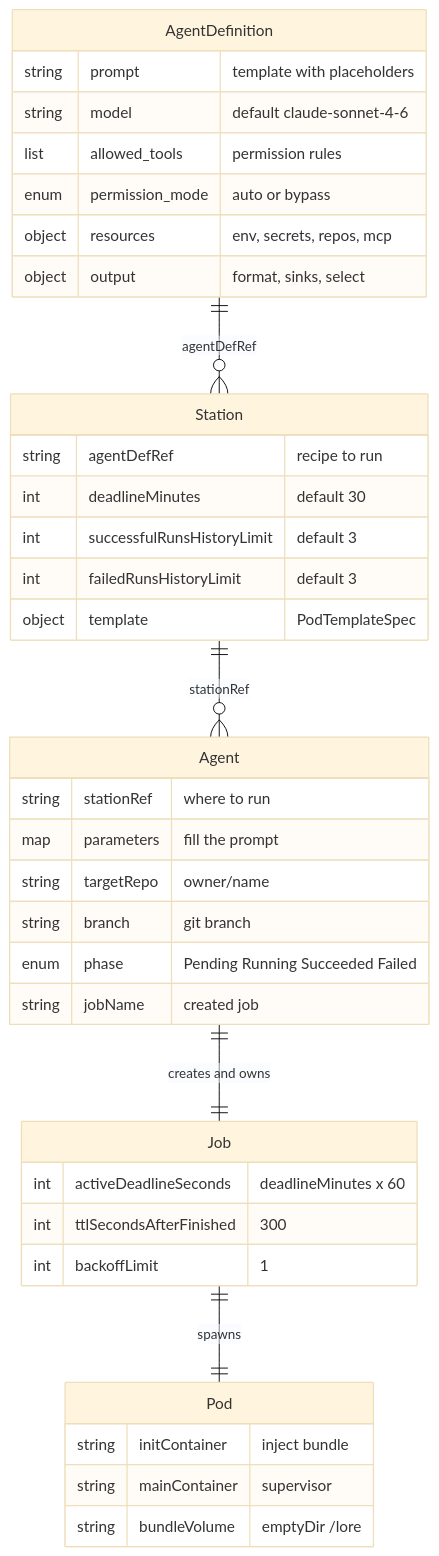
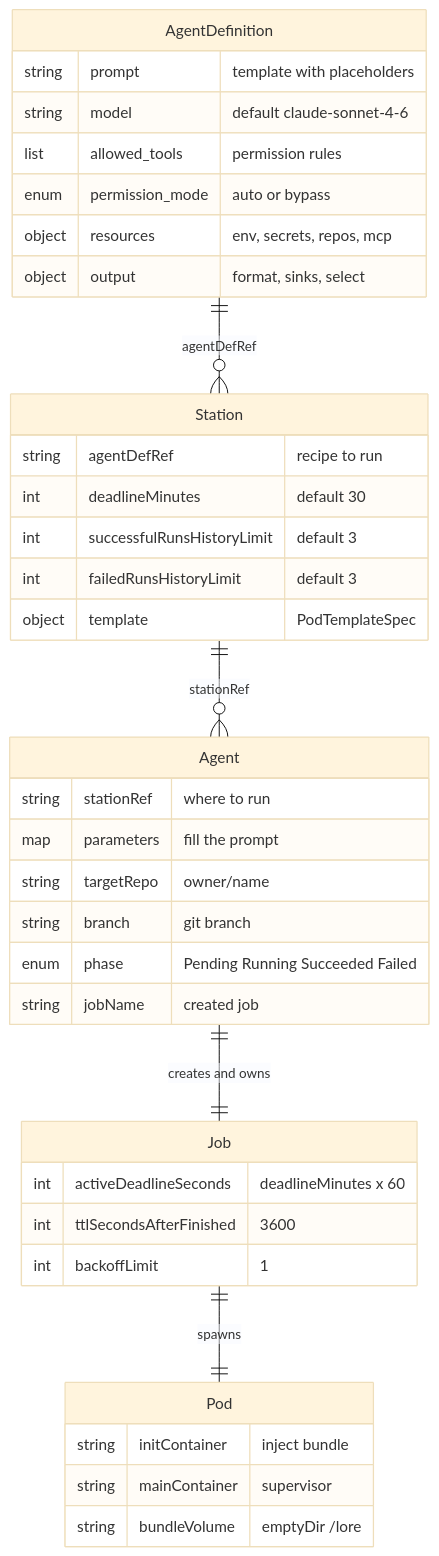
Before and after one commit to re-cinq/ai-agent-subsystem: the first of 2 diagrams in website/src/content/docs/concepts/relationships.md, drawn with Mermaid (base theme). The commit also changed other lines of this file and 21 other files, not shown here.

````diff
--- a/website/src/content/docs/concepts/relationships.md
+++ b/website/src/content/docs/concepts/relationships.md
@@ -14,41 +14,41 @@
 ```mermaid
 erDiagram
     AgentDefinition ||--o{ Station : "agentDefRef"
     Station ||--o{ Agent : "stationRef"
     Agent ||--|| Job : "creates and owns"
     Job ||--|| Pod : "spawns"
 
     AgentDefinition {
         string prompt "template with placeholders"
         string model "default claude-sonnet-4-6"
         list allowed_tools "permission rules"
         enum permission_mode "auto or bypass"
         object resources "env, secrets, repos, mcp"
         object output "format, sinks, select"
     }
     Station {
         string agentDefRef "recipe to run"
         int deadlineMinutes "default 30"
         int successfulRunsHistoryLimit "default 3"
         int failedRunsHistoryLimit "default 3"
         object template "PodTemplateSpec"
     }
     Agent {
         string stationRef "where to run"
         map parameters "fill the prompt"
         string targetRepo "owner/name"
         string branch "git branch"
         enum phase "Pending Running Succeeded Failed"
         string jobName "created job"
     }
     Job {
         int activeDeadlineSeconds "deadlineMinutes x 60"
-        int ttlSecondsAfterFinished "300"
+        int ttlSecondsAfterFinished "3600"
         int backoffLimit "1"
     }
     Pod {
         string initContainer "inject bundle"
         string mainContainer "supervisor"
         string bundleVolume "emptyDir /lore"
     }
 ```
````
